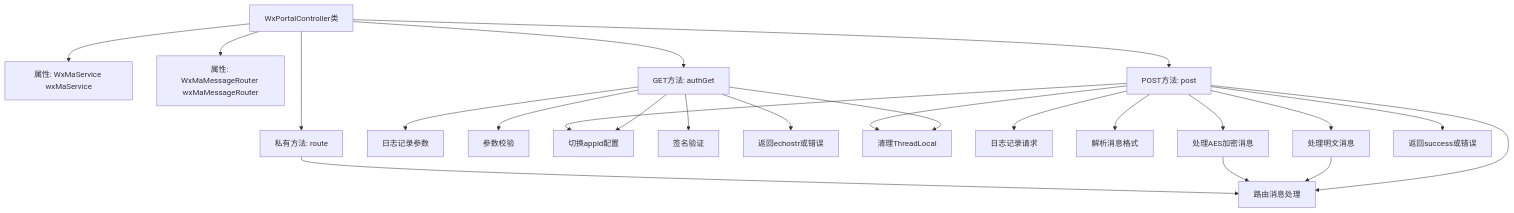
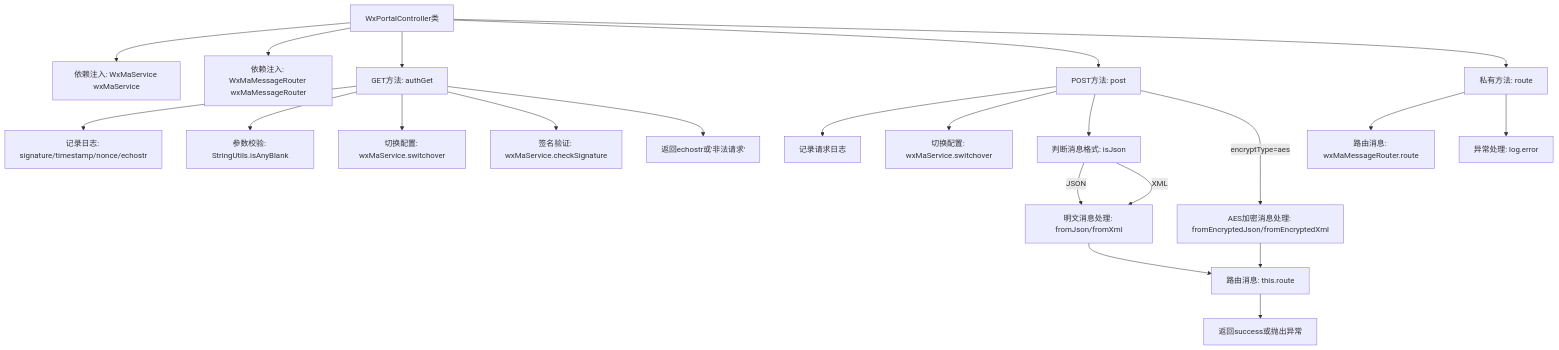
The second of 2 diagrams in docs/zh/docs/src/main/java/com/github/binarywang/demo/wx/miniapp/controller/WxPortalController.md (v-wjrong/rongwj666_weixin-java-miniapp-demo), drawn with Mermaid before and after one commit. The commit also changed other lines of this file and 49 other files, not shown here.

````diff
--- a/docs/zh/docs/src/main/java/com/github/binarywang/demo/wx/miniapp/controller/WxPortalController.md
+++ b/docs/zh/docs/src/main/java/com/github/binarywang/demo/wx/miniapp/controller/WxPortalController.md
@@ -89,49 +92,51 @@
 ```mermaid
 graph TD
     A["WxPortalController类"]
-    B["属性: WxMaService wxMaService"]
-    C["属性: WxMaMessageRouter wxMaMessageRouter"]
+    B["依赖注入: WxMaService wxMaService"]
+    C["依赖注入: WxMaMessageRouter wxMaMessageRouter"]
     D["GET方法: authGet"]
     E["POST方法: post"]
     F["私有方法: route"]
     
-    G["日志记录参数"]
-    H["参数校验"]
-    I["切换appid配置"]
-    J["签名验证"]
-    K["返回echostr或错误"]
-    L["清理ThreadLocal"]
+    D1["记录日志: signature/timestamp/nonce/echostr"]
+    D2["参数校验: StringUtils.isAnyBlank"]
+    D3["切换配置: wxMaService.switchover"]
+    D4["签名验证: wxMaService.checkSignature"]
+    D5["返回echostr或'非法请求'"]
     
-    M["日志记录请求"]
-    N["解析消息格式"]
-    O["处理明文消息"]
-    P["处理AES加密消息"]
-    Q["路由消息处理"]
-    R["返回success或错误"]
-
+    E1["记录请求日志"]
+    E2["切换配置: wxMaService.switchover"]
+    E3["判断消息格式: isJson"]
+    E4["明文消息处理: fromJson/fromXml"]
+    E5["AES加密消息处理: fromEncryptedJson/fromEncryptedXml"]
+    E6["路由消息: this.route"]
+    E7["返回success或抛出异常"]
+    
+    F1["路由消息: wxMaMessageRouter.route"]
+    F2["异常处理: log.error"]
+    
     A --> B
     A --> C
     A --> D
     A --> E
     A --> F
     
-    D --> G
-    D --> H
-    D --> I
-    D --> J
-    D --> K
-    D --> L
+    D --> D1
+    D --> D2
+    D --> D3
+    D --> D4
+    D --> D5
     
-    E --> M
-    E --> I
-    E --> N
-    E --> O
-    E --> P
-    E --> Q
-    E --> R
-    E --> L
+    E --> E1
+    E --> E2
+    E --> E3
+    E3 -->|JSON| E4
+    E3 -->|XML| E4
+    E -->|encryptType=aes| E5
+    E4 --> E6
+    E5 --> E6
+    E6 --> E7
     
-    O --> Q
-    P --> Q
-    F --> Q
+    F --> F1
+    F --> F2
 ```
````
